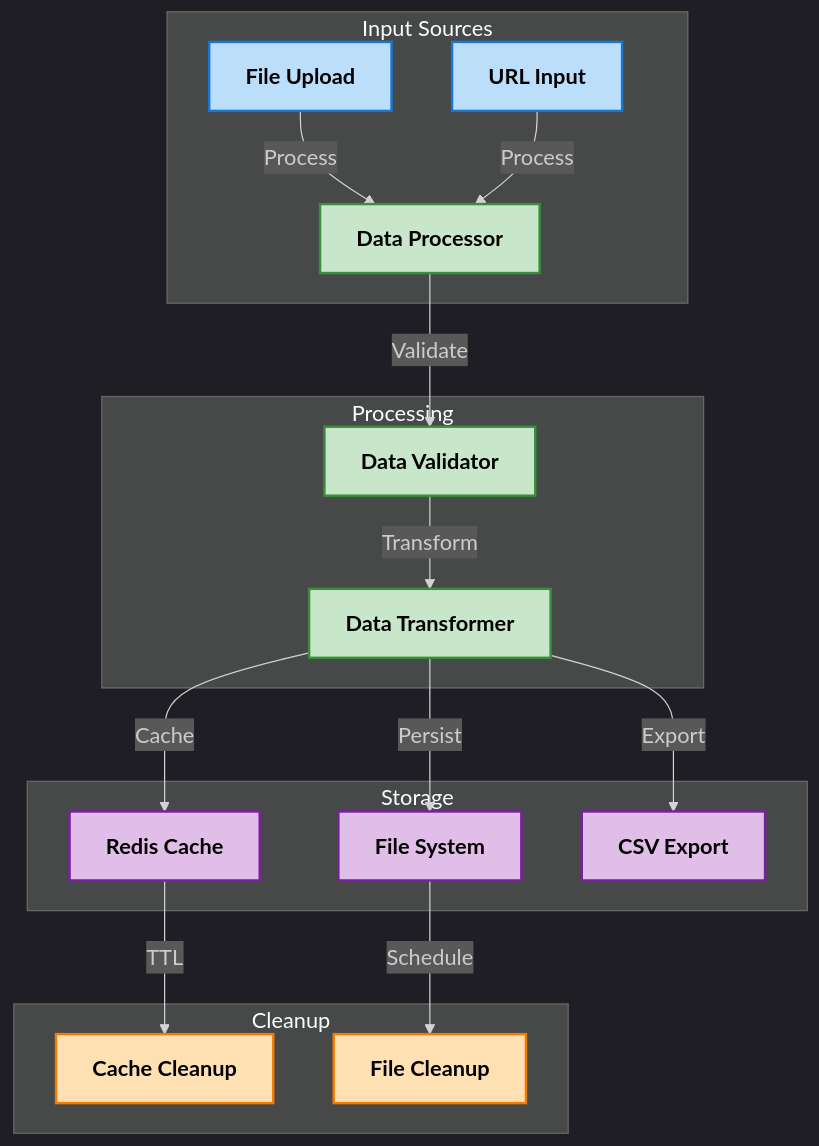
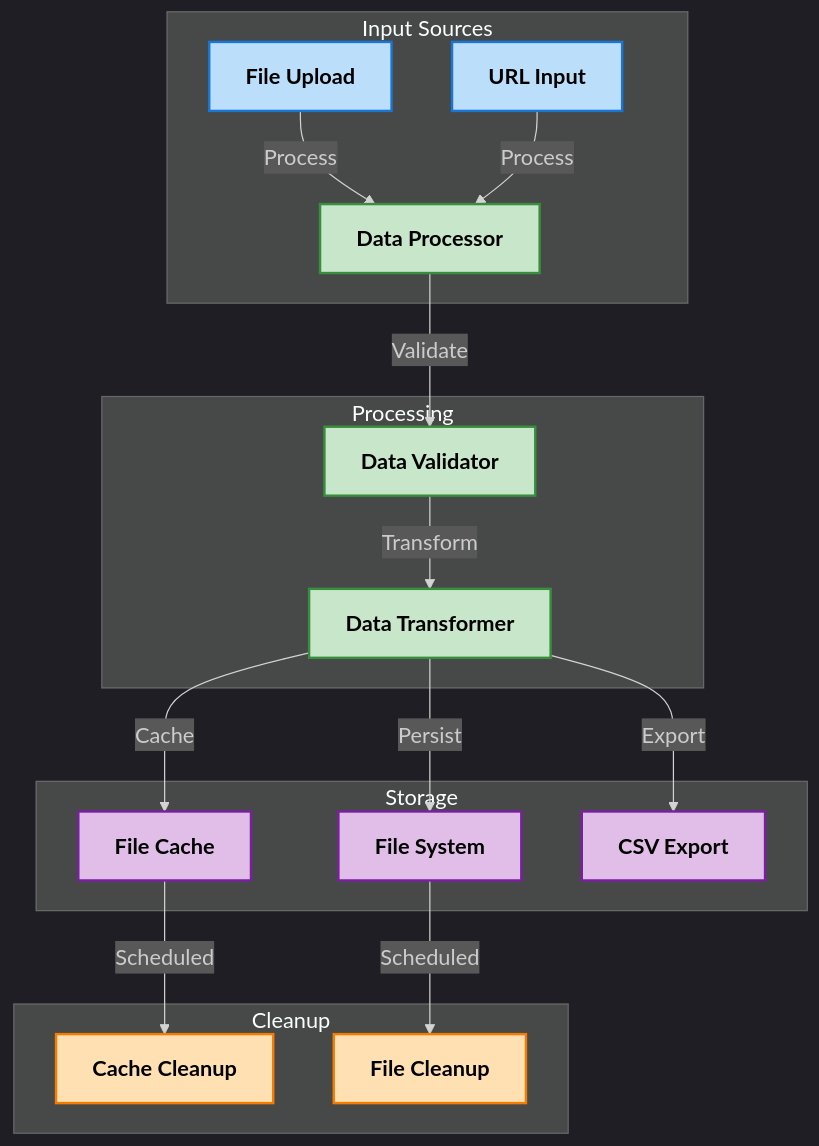
The eighth of 9 diagrams in README.md (Dhruv0306/SymphonyProject1), drawn with Mermaid before and after one commit. The commit also changed other lines of this file, not shown here.

````diff
--- a/README.md
+++ b/README.md
@@ -416,34 +414,34 @@
 ```mermaid
 %%{init: {'theme': 'dark', 'themeVariables': { 'fontFamily': 'arial', 'fontSize': '18px', 'fontWeight': 'bold'}}}%%
 graph TD
     subgraph "Input Sources"
         style A1 fill:#bbdefb,stroke:#1976d2,stroke-width:2px,color:#000000,font-weight:bold
         style A2 fill:#bbdefb,stroke:#1976d2,stroke-width:2px,color:#000000,font-weight:bold
         A1["File Upload"] -->|"Process"| B["Data Processor"]
         A2["URL Input"] -->|"Process"| B
     end
 
     subgraph "Processing"
         style B fill:#c8e6c9,stroke:#388e3c,stroke-width:2px,color:#000000,font-weight:bold
         style C fill:#c8e6c9,stroke:#388e3c,stroke-width:2px,color:#000000,font-weight:bold
         style D fill:#c8e6c9,stroke:#388e3c,stroke-width:2px,color:#000000,font-weight:bold
         B -->|"Validate"| C["Data Validator"]
         C -->|"Transform"| D["Data Transformer"]
     end
 
     subgraph "Storage"
         style E fill:#e1bee7,stroke:#7b1fa2,stroke-width:2px,color:#000000,font-weight:bold
         style F fill:#e1bee7,stroke:#7b1fa2,stroke-width:2px,color:#000000,font-weight:bold
         style G fill:#e1bee7,stroke:#7b1fa2,stroke-width:2px,color:#000000,font-weight:bold
-        D -->|"Cache"| E["Redis Cache"]
+        D -->|"Cache"| E["File Cache"]
         D -->|"Persist"| F["File System"]
         D -->|"Export"| G["CSV Export"]
     end
 
     subgraph "Cleanup"
         style H fill:#ffe0b2,stroke:#f57c00,stroke-width:2px,color:#000000,font-weight:bold
         style I fill:#ffe0b2,stroke:#f57c00,stroke-width:2px,color:#000000,font-weight:bold
-        E -->|"TTL"| H["Cache Cleanup"]
-        F -->|"Schedule"| I["File Cleanup"]
+        E -->|"Scheduled"| H["Cache Cleanup"]
+        F -->|"Scheduled"| I["File Cleanup"]
     end
 ```
````
